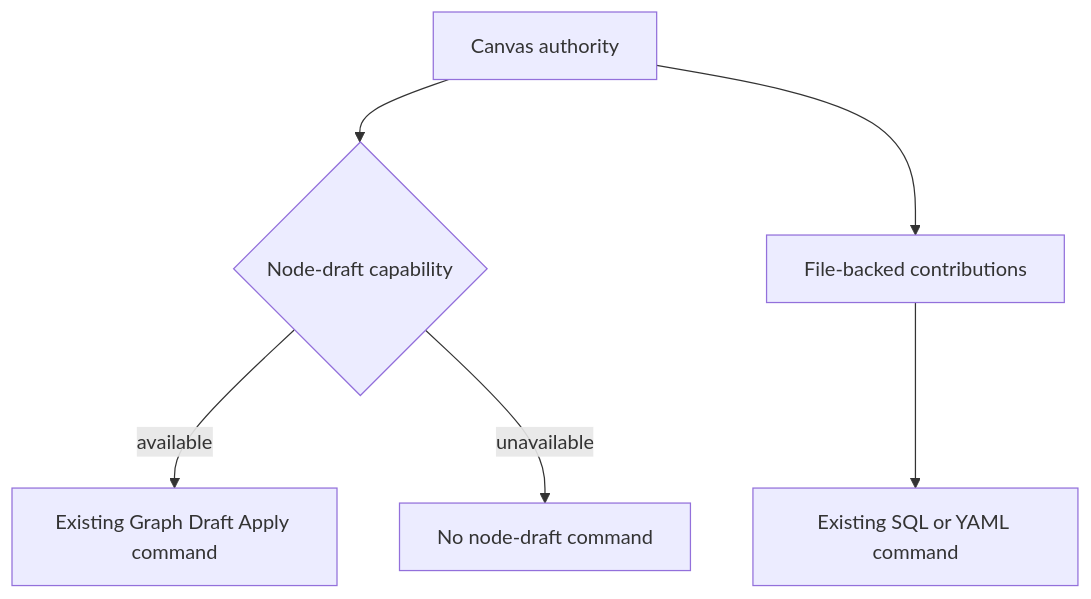
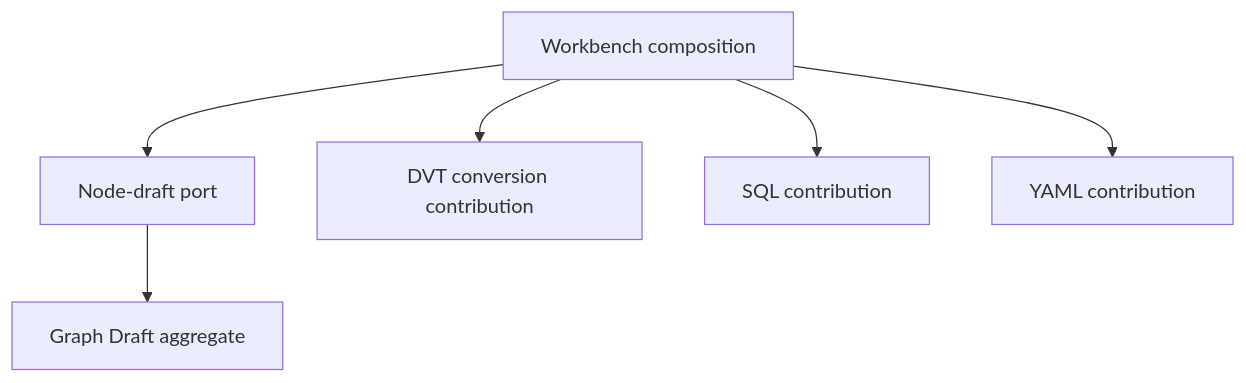
Before and after one commit to dunay2/dvt: the second of 6 diagrams in docs/planning/proposals/mandatory/frontend-and-ux/canvas-node-workbench-hardening-plan-20260808.md, drawn with Mermaid. The commit also changed other lines of this file, not shown here.

Commit message:
docs(docs): Decouple Node Properties authoring ports

````diff
--- a/docs/planning/proposals/mandatory/frontend-and-ux/canvas-node-workbench-hardening-plan-20260808.md
+++ b/docs/planning/proposals/mandatory/frontend-and-ux/canvas-node-workbench-hardening-plan-20260808.md
@@ -110,8 +121,8 @@
 ```mermaid
 flowchart TD
-    A["Canvas authority"] --> B{"Node-draft capability"}
-    B -->|available| C["Existing Graph Draft Apply command"]
-    B -->|unavailable| D["No node-draft command"]
-    A --> E["File-backed contributions"]
-    E --> F["Existing SQL or YAML command"]
+    A["Workbench composition"] --> B["Node-draft port"]
+    A --> C["DVT conversion contribution"]
+    A --> D["SQL contribution"]
+    A --> E["YAML contribution"]
+    B --> F["Graph Draft aggregate"]
 ```
````
